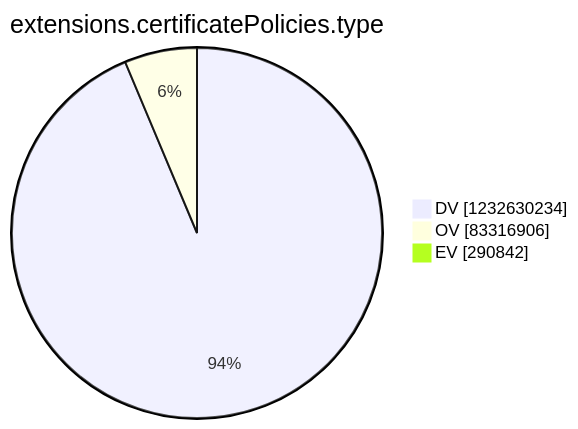
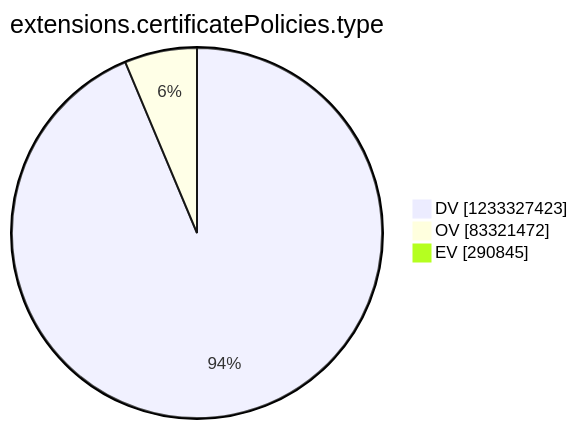
Before and after one commit to christiankrug/ctmonitor_visualization: the tenth of 15 diagrams in argon2022/README.md, drawn with Mermaid. The commit also changed other lines of this file, not shown here.

````diff
--- a/argon2022/README.md
+++ b/argon2022/README.md
@@ -2770,7 +2770,7 @@
 ```mermaid
 pie showData
 title extensions.certificatePolicies.type
-"DV" :1232630234
-"OV" :83316906
-"EV" :290842
+"DV" :1233327423
+"OV" :83321472
+"EV" :290845
 ```
````
